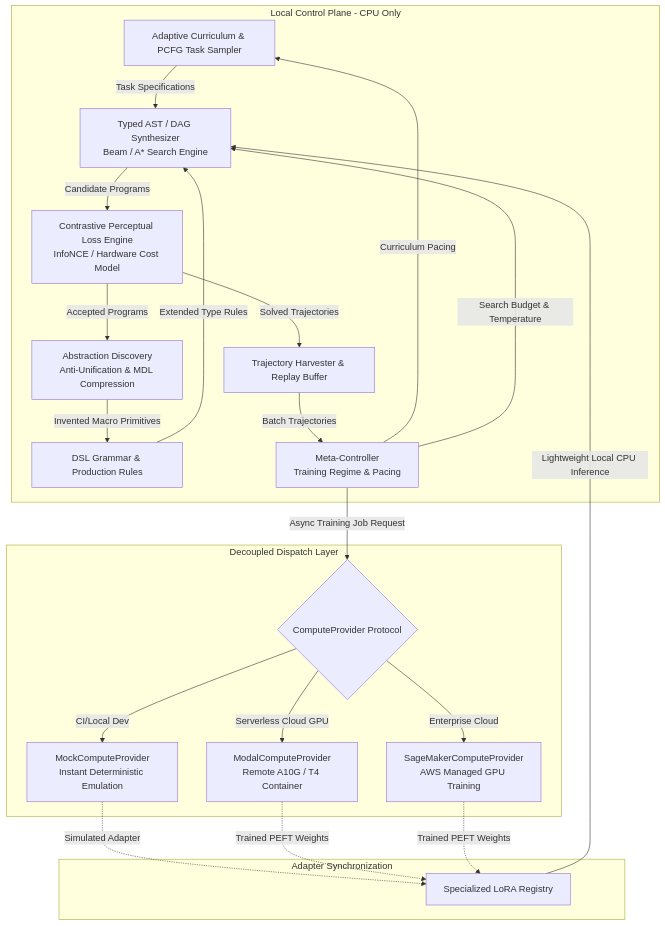
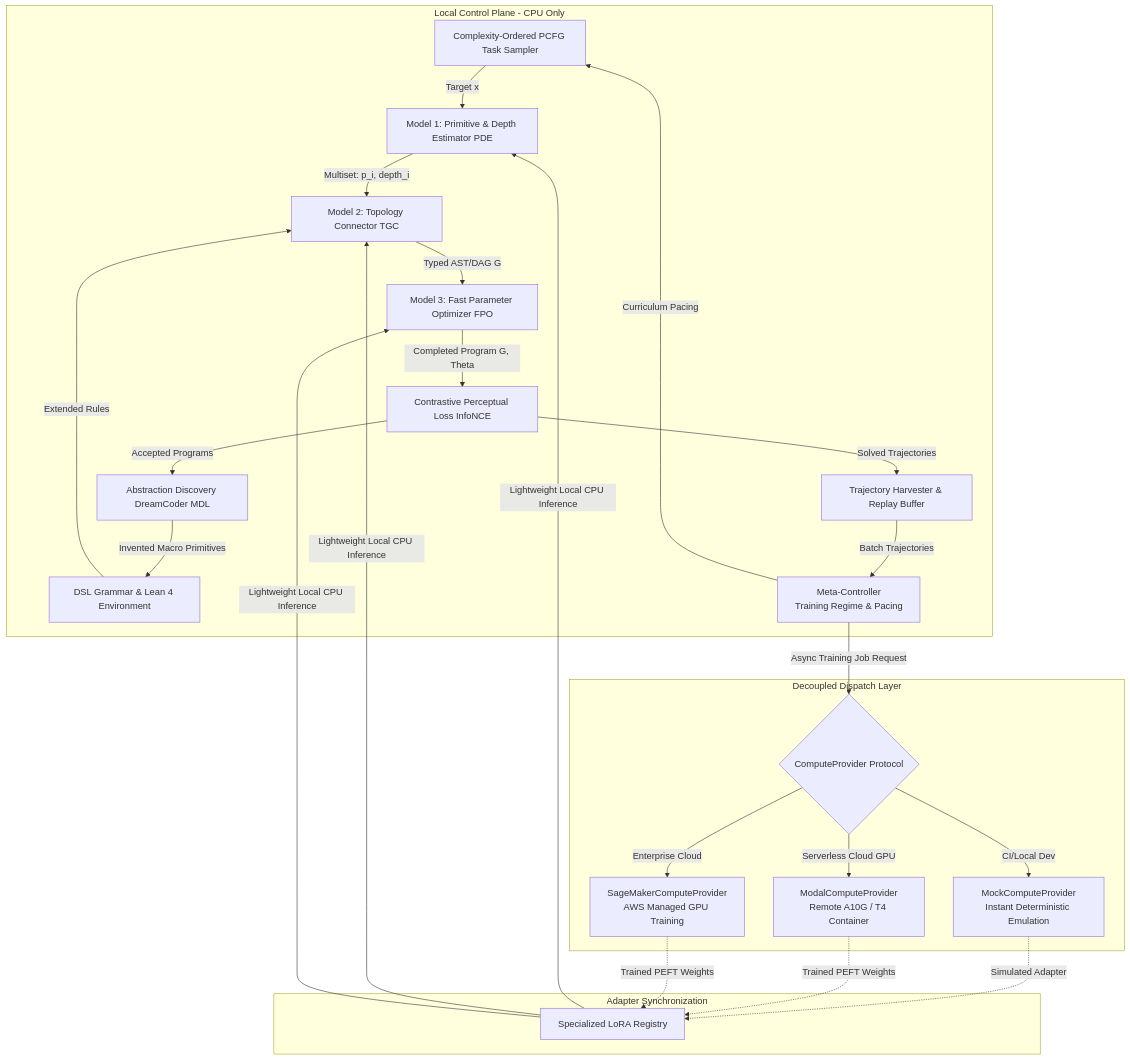
One commit to racoci/symforge changed the fourth of 4 diagrams in README.md. Above: the diagram before and after it, drawn with Mermaid. The commit also changed other lines of this file and 12 other files, not shown here.

Commit message:
docs: translate README and complete architecture documentation to English

````diff
--- a/README.md
+++ b/README.md
@@ -222,29 +259,32 @@
 ```mermaid
 graph TD
     subgraph LocalControlPlane [Local Control Plane - CPU Only]
-        AC[Adaptive Curriculum & PCFG Task Sampler] -->|Task Specifications| SYN[Typed AST / DAG Synthesizer<br/>Beam / A* Search Engine]
-        SYN -->|Candidate Programs| EVL[Contrastive Perceptual Loss Engine<br/>InfoNCE / Hardware Cost Model]
+        AC[Complexity-Ordered PCFG Task Sampler] -->|Target x| M1[Model 1: Primitive & Depth Estimator PDE]
+        M1 -->|Multiset: p_i, depth_i| M2[Model 2: Topology Connector TGC]
+        M2 -->|Typed AST/DAG G| M3[Model 3: Fast Parameter Optimizer FPO]
+        M3 -->|Completed Program G, Theta| EVL[Contrastive Perceptual Loss InfoNCE]
         EVL -->|Solved Trajectories| HARV[Trajectory Harvester & Replay Buffer]
-        EVL -->|Accepted Programs| ABD[Abstraction Discovery<br/>Anti-Unification & MDL Compression]
-        ABD -->|Invented Macro Primitives| DSL[DSL Grammar & Production Rules]
-        DSL -->|Extended Type Rules| SYN
+        EVL -->|Accepted Programs| ABD[Abstraction Discovery DreamCoder MDL]
+        ABD -->|Invented Macro Primitives| DSL[DSL Grammar & Lean 4 Environment]
+        DSL -->|Extended Rules| M2
         
         MC[Meta-Controller<br/>Training Regime & Pacing] -->|Curriculum Pacing| AC
-        MC -->|Search Budget & Temperature| SYN
         HARV -->|Batch Trajectories| MC
     end
 
     subgraph ComputeDispatchLayer [Decoupled Dispatch Layer]
         MC -->|Async Training Job Request| PROV{ComputeProvider Protocol}
         PROV -->|CI/Local Dev| MOCK[MockComputeProvider<br/>Instant Deterministic Emulation]
         PROV -->|Serverless Cloud GPU| MODAL[ModalComputeProvider<br/>Remote A10G / T4 Container]
         PROV -->|Enterprise Cloud| SMR[SageMakerComputeProvider<br/>AWS Managed GPU Training]
     end
 
     subgraph WeightSync [Adapter Synchronization]
         MOCK -.->|Simulated Adapter| REG[Specialized LoRA Registry]
         MODAL -.->|Trained PEFT Weights| REG
         SMR -.->|Trained PEFT Weights| REG
-        REG -->|Lightweight Local CPU Inference| SYN
+        REG -->|Lightweight Local CPU Inference| M1
+        REG -->|Lightweight Local CPU Inference| M2
+        REG -->|Lightweight Local CPU Inference| M3
     end
 ```
````
